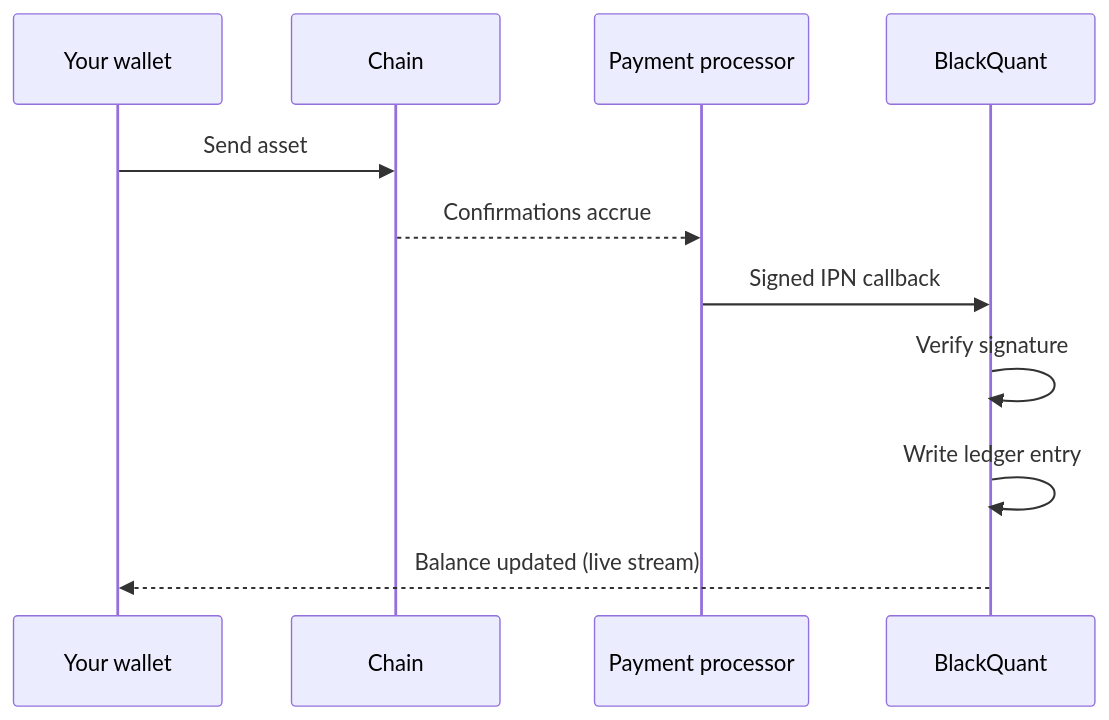
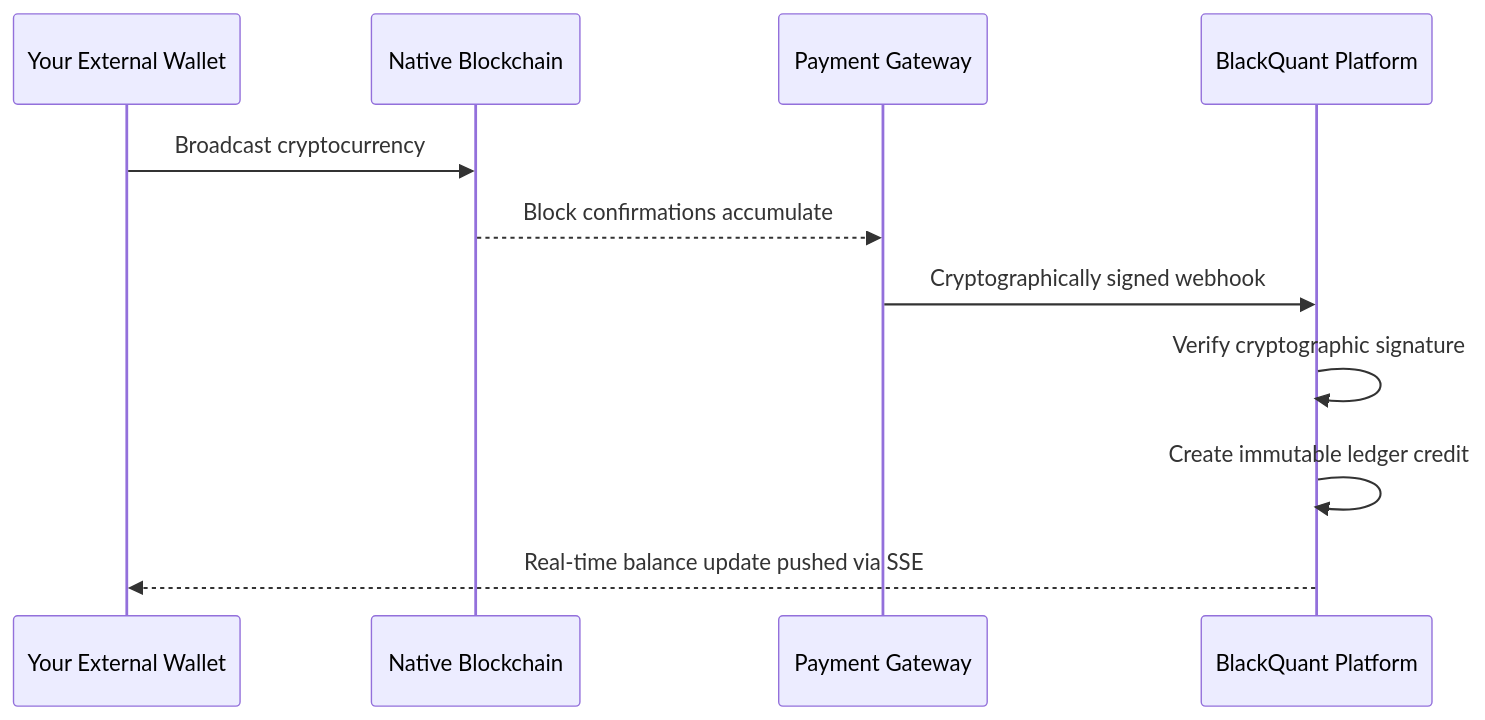
Before and after one commit to rempprandy/docs: the second of 2 diagrams in getting-started/fund-your-account.mdx, drawn with Mermaid. The commit also changed other lines of this file and 37 other files, not shown here.

````diff
--- a/getting-started/fund-your-account.mdx
+++ b/getting-started/fund-your-account.mdx
@@ -67,14 +68,14 @@
 ```mermaid
 sequenceDiagram
-    participant W as Your wallet
-    participant C as Chain
-    participant P as Payment processor
-    participant B as BlackQuant
+    participant W as Your External Wallet
+    participant C as Native Blockchain
+    participant P as Payment Gateway
+    participant B as BlackQuant Platform
 
-    W->>C: Send asset
-    C-->>P: Confirmations accrue
-    P->>B: Signed IPN callback
-    B->>B: Verify signature
-    B->>B: Write ledger entry
-    B-->>W: Balance updated (live stream)
+    W->>C: Broadcast cryptocurrency
+    C-->>P: Block confirmations accumulate
+    P->>B: Cryptographically signed webhook
+    B->>B: Verify cryptographic signature
+    B->>B: Create immutable ledger credit
+    B-->>W: Real-time balance update pushed via SSE
 ```
````
